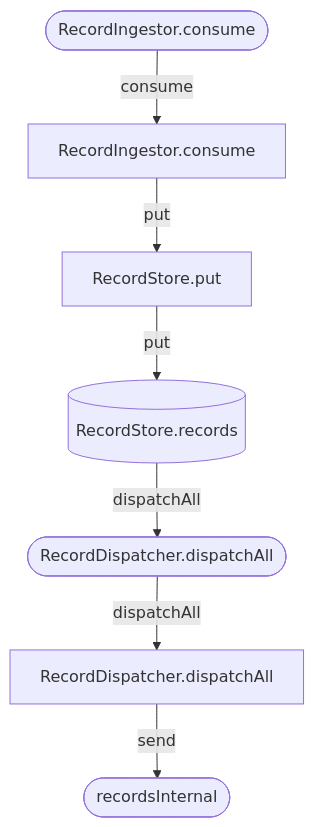
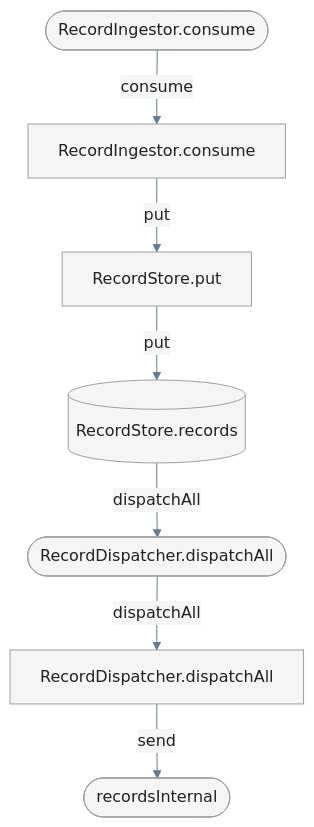
One commit to DerPate/archlens changed the diagram in docs/TOOLS.md. Above: the diagram before and after it, drawn with Mermaid. The commit also changed other lines of this file and 3 other files, not shown here.

````diff
--- a/docs/TOOLS.md
+++ b/docs/TOOLS.md
@@ -669,17 +677,18 @@
 ```mermaid
+%%{init: {"theme": "base", "themeVariables": {"primaryColor": "#f5f5f5", "primaryBorderColor": "#9e9e9e", "primaryTextColor": "#212121", "lineColor": "#607d8b", "clusterBkg": "#fafafa", "clusterBorder": "#b0bec5"}}}%%
 flowchart TD
     S0_0(["RecordIngestor.consume"])
     S0_1["RecordIngestor.consume"]
     S0_2["RecordStore.put"]
     B1[("RecordStore.records")]
     S1_0(["RecordDispatcher.dispatchAll"])
     S1_1["RecordDispatcher.dispatchAll"]
     S1_2(["recordsInternal"])
 
     S0_0 -->|consume| S0_1
     S0_1 -->|put| S0_2
     S0_2 -->|put| B1
     B1 -->|dispatchAll| S1_0
     S1_0 -->|dispatchAll| S1_1
     S1_1 -->|send| S1_2
 ```
````
